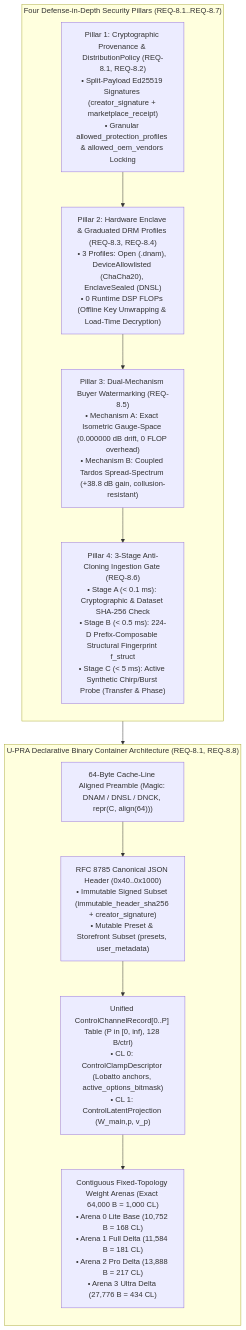
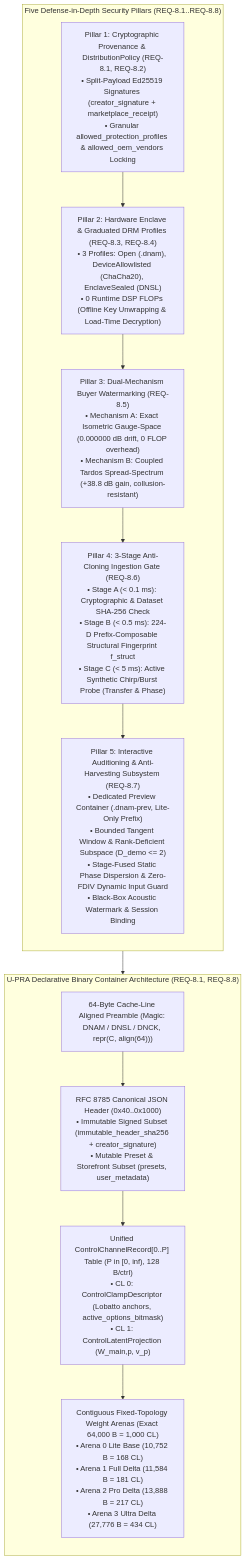
Diagram 15 of 17 in docs/overview/u_pra_architecture.md (dnam-project/dnam), drawn with Mermaid before and after one commit. The commit also changed other lines of this file and 1 other file, not shown here.

Commit message:
docs(spec): incorporate Goal 8 interactive auditioning and anti-harvesting requirements into U-PRA

````diff
--- a/docs/overview/u_pra_architecture.md
+++ b/docs/overview/u_pra_architecture.md
@@ -1995,22 +1995,23 @@
 ```mermaid
 flowchart TB
     subgraph Container ["U-PRA Declarative Binary Container Architecture (REQ-8.1, REQ-8.8)"]
         direction TB
         Preamble["64-Byte Cache-Line Aligned Preamble (Magic: DNAM / DNSL / DNCK, repr(C, align(64)))"]
         Header["RFC 8785 Canonical JSON Header (0x40..0x1000)<br/>• Immutable Signed Subset (immutable_header_sha256 + creator_signature)<br/>• Mutable Preset & Storefront Subset (presets, user_metadata)"]
         CtrlTable["Unified ControlChannelRecord[0..P] Table (P in [0, inf), 128 B/ctrl)<br/>• CL 0: ControlClampDescriptor (Lobatto anchors, active_options_bitmask)<br/>• CL 1: ControlLatentProjection (W_main,p, v_p)"]
         Arenas["Contiguous Fixed-Topology Weight Arenas (Exact 64,000 B = 1,000 CL)<br/>• Arena 0 Lite Base (10,752 B = 168 CL)<br/>• Arena 1 Full Delta (11,584 B = 181 CL)<br/>• Arena 2 Pro Delta (13,888 B = 217 CL)<br/>• Arena 3 Ultra Delta (27,776 B = 434 CL)"]
         Preamble --> Header --> CtrlTable --> Arenas
     end
 
-    subgraph Pillars ["Four Defense-in-Depth Security Pillars (REQ-8.1..REQ-8.7)"]
+    subgraph Pillars ["Five Defense-in-Depth Security Pillars (REQ-8.1..REQ-8.8)"]
         direction TB
         P1["Pillar 1: Cryptographic Provenance & DistributionPolicy (REQ-8.1, REQ-8.2)<br/>• Split-Payload Ed25519 Signatures (creator_signature + marketplace_receipt)<br/>• Granular allowed_protection_profiles & allowed_oem_vendors Locking"]
         P2["Pillar 2: Hardware Enclave & Graduated DRM Profiles (REQ-8.3, REQ-8.4)<br/>• 3 Profiles: Open (.dnam), DeviceAllowlisted (ChaCha20), EnclaveSealed (DNSL)<br/>• 0 Runtime DSP FLOPs (Offline Key Unwrapping & Load-Time Decryption)"]
         P3["Pillar 3: Dual-Mechanism Buyer Watermarking (REQ-8.5)<br/>• Mechanism A: Exact Isometric Gauge-Space (0.000000 dB drift, 0 FLOP overhead)<br/>• Mechanism B: Coupled Tardos Spread-Spectrum (+38.8 dB gain, collusion-resistant)"]
         P4["Pillar 4: 3-Stage Anti-Cloning Ingestion Gate (REQ-8.6)<br/>• Stage A (< 0.1 ms): Cryptographic & Dataset SHA-256 Check<br/>• Stage B (< 0.5 ms): 224-D Prefix-Composable Structural Fingerprint f_struct<br/>• Stage C (< 5 ms): Active Synthetic Chirp/Burst Probe (Transfer & Phase)"]
-        P1 --> P2 --> P3 --> P4
+        P5["Pillar 5: Interactive Auditioning & Anti-Harvesting Subsystem (REQ-8.7)<br/>• Dedicated Preview Container (.dnam-prev, Lite-Only Prefix)<br/>• Bounded Tangent Window & Rank-Deficient Subspace (D_demo <= 2)<br/>• Stage-Fused Static Phase Dispersion & Zero-FDIV Dynamic Input Guard<br/>• Black-Box Acoustic Watermark & Session Binding"]
+        P1 --> P2 --> P3 --> P4 --> P5
     end
 
     Pillars --> Container
 ```
````
